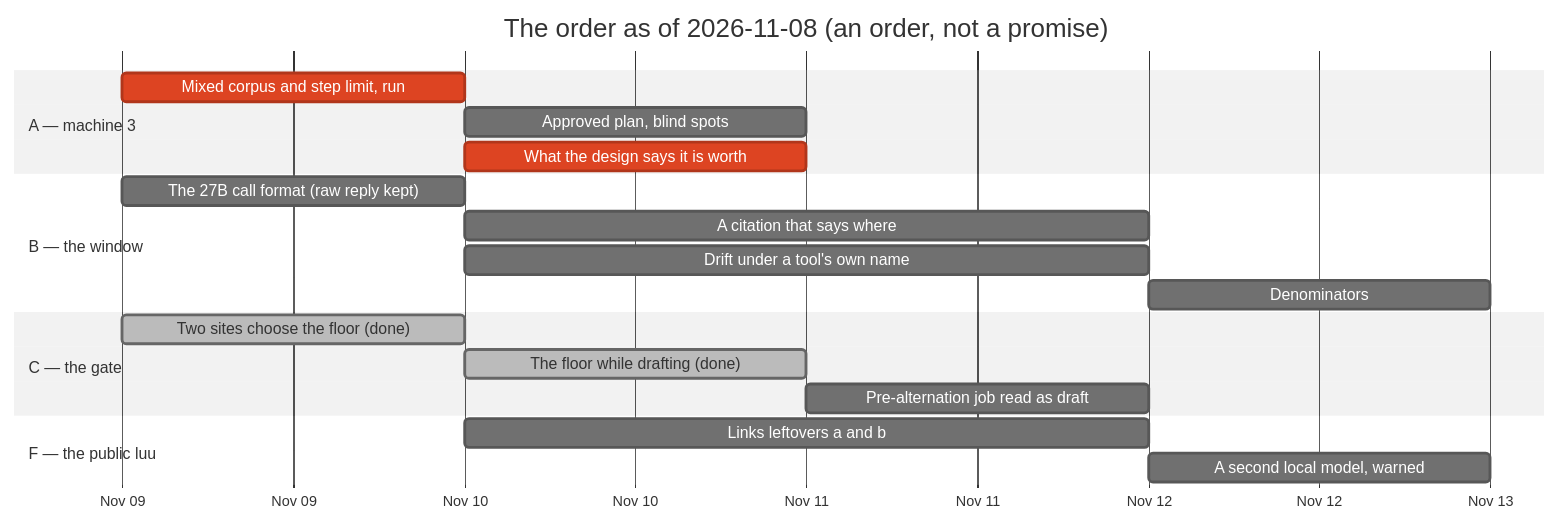
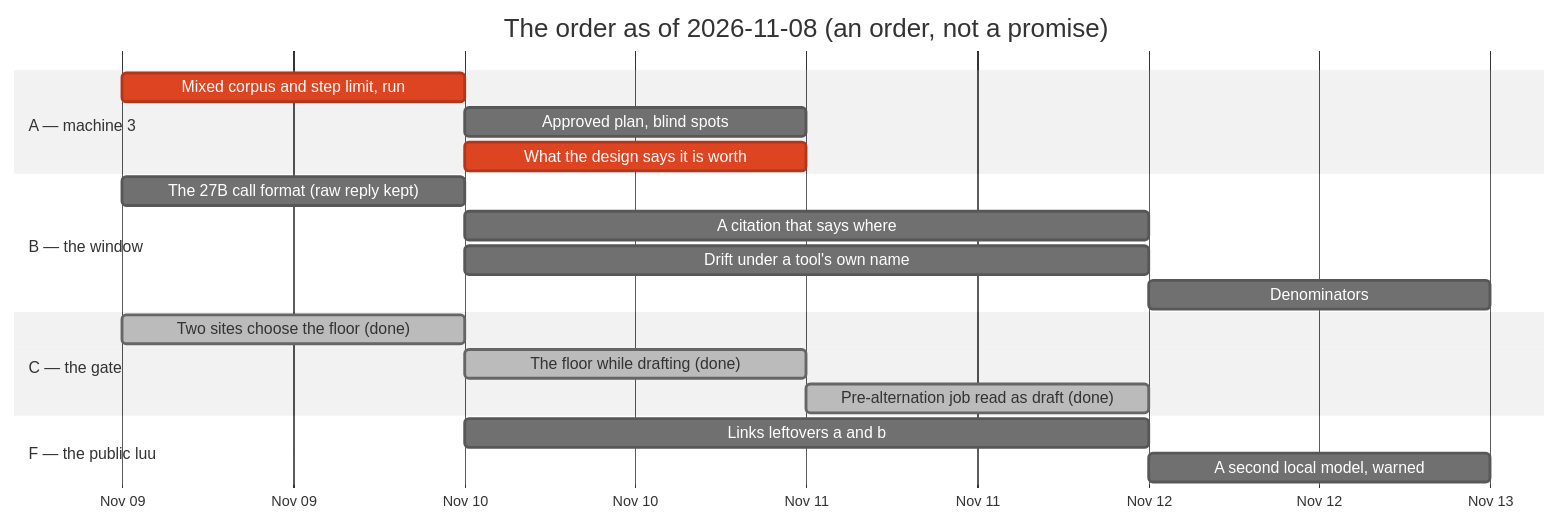
Before and after one commit to jgermade/luu: the diagram in ROADMAP/2026-11-08/README.md, drawn with Mermaid (neutral theme). The commit also changed other lines of this file and 5 other files, not shown here.

````diff
--- a/ROADMAP/2026-11-08/README.md
+++ b/ROADMAP/2026-11-08/README.md
@@ -161,22 +161,22 @@
 ```mermaid
 gantt
     title The order as of 2026-11-08 (an order, not a promise)
     dateFormat YYYY-MM-DD
     axisFormat %b %d
     section A — machine 3
     Mixed corpus and step limit, run       :crit, run, 2026-11-09, 1d
     Approved plan, blind spots             :appr, after run, 1d
     What the design says it is worth       :crit, claim, after run, 1d
     section B — the window
     The 27B call format (raw reply kept)   :fmt, 2026-11-09, 1d
     A citation that says where             :ptr, after run, 2d
     Drift under a tool's own name          :drift, after fmt, 2d
     Denominators                           :tally, after drift, 1d
     section C — the gate
     Two sites choose the floor (done)      :done, sites, 2026-11-09, 1d
     The floor while drafting (done)        :done, floor, after sites, 1d
-    Pre-alternation job read as draft      :prealt, after floor, 1d
+    Pre-alternation job read as draft (done) :done, prealt, after floor, 1d
     section F — the public luu
     Links leftovers a and b                :links, 2026-11-10, 2d
     A second local model, warned           :mem, after links, 1d
 ```
````
